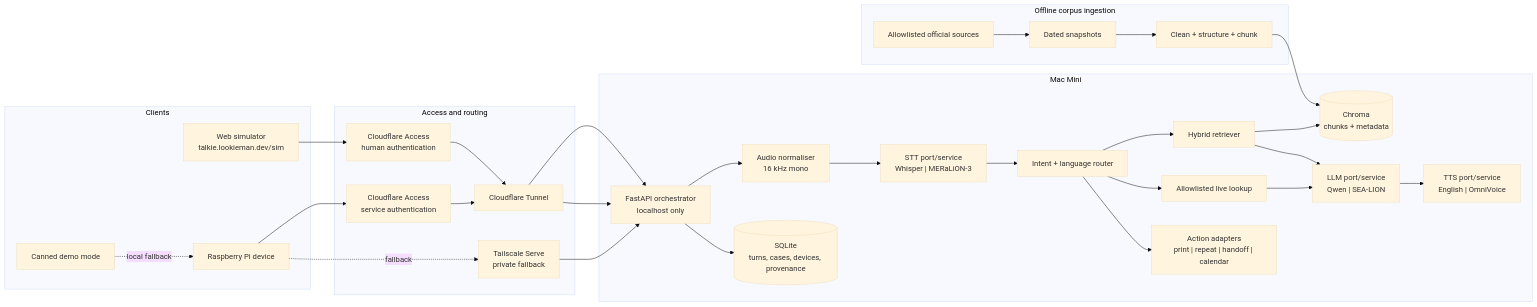
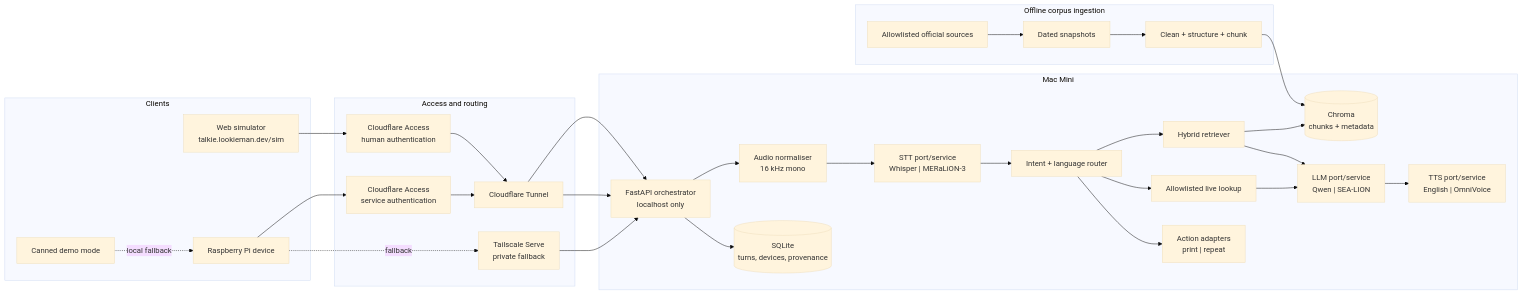
The first of 3 diagrams in docs/04-prototype/design.md (Lookieman/kaki-talkie), drawn with Mermaid (base theme) before and after one commit. The commit also changed other lines of this file and 30 other files, not shown here.

````diff
--- a/docs/04-prototype/design.md
+++ b/docs/04-prototype/design.md
@@ -87,51 +93,51 @@
 ```mermaid
 flowchart LR
     subgraph CLIENTS["Clients"]
         SIM["Web simulator\ntalkie.lookieman.dev/sim"]
         PI["Raspberry Pi device"]
         CAN["Canned demo mode"]
     end
 
     subgraph EDGE["Access and routing"]
         CFA["Cloudflare Access\nhuman authentication"]
         CFS["Cloudflare Access\nservice authentication"]
         TUN["Cloudflare Tunnel"]
         TS["Tailscale Serve\nprivate fallback"]
     end
 
     subgraph MAC["Mac Mini"]
         API["FastAPI orchestrator\nlocalhost only"]
         AUDIO["Audio normaliser\n16 kHz mono"]
         STT["STT port/service\nWhisper | MERaLiON-3"]
         ROUTER["Intent + language router"]
         RET["Hybrid retriever"]
         LIVE["Allowlisted live lookup"]
         LLM["LLM port/service\nQwen | SEA-LION"]
         TTS["TTS port/service\nEnglish | OmniVoice"]
-        ACTION["Action adapters\nprint | repeat | handoff | calendar"]
-        DB[("SQLite\nturns, cases, devices, provenance")]
+        ACTION["Action adapters\nprint | repeat"]
+        DB[("SQLite\nturns, devices, provenance")]
         VDB[("Chroma\nchunks + metadata")]
     end
 
     subgraph INGEST["Offline corpus ingestion"]
         SRC["Allowlisted official sources"]
         SNAP["Dated snapshots"]
         CLEAN["Clean + structure + chunk"]
     end
 
     SIM --> CFA --> TUN --> API
     PI --> CFS --> TUN --> API
     PI -. "fallback" .-> TS --> API
     CAN -. "local fallback" .-> PI
 
     API --> AUDIO --> STT --> ROUTER
     ROUTER --> RET --> VDB
     ROUTER --> LIVE
     ROUTER --> ACTION
     RET --> LLM
     LIVE --> LLM
     LLM --> TTS
     API --> DB
 
     SRC --> SNAP --> CLEAN --> VDB
 ```
````
